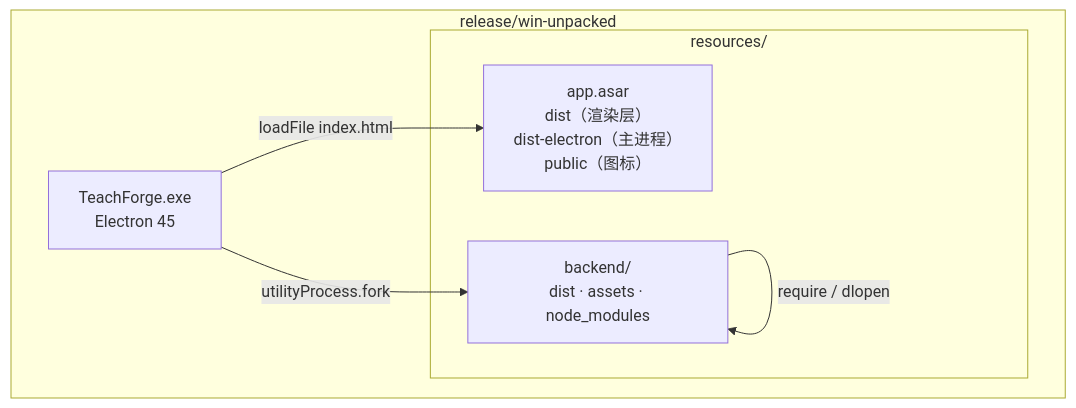
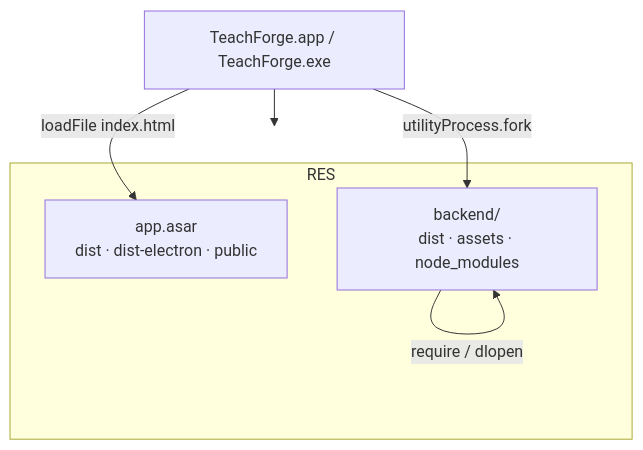
One commit to yuchentime/tech-forge changed the diagram in docs/current/platform/packaging.md. Above: the diagram before and after it, drawn with Mermaid. The commit also changed other lines of this file and 20 other files, not shown here.

````diff
--- a/docs/current/platform/packaging.md
+++ b/docs/current/platform/packaging.md
@@ -38,13 +48,11 @@
 ```mermaid
 flowchart TB
-  subgraph R["release/win-unpacked"]
-    EXE["TeachForge.exe<br/>Electron 45"]
-    subgraph RES["resources/"]
-      ASAR["app.asar<br/>dist（渲染层）<br/>dist-electron（主进程）<br/>public（图标）"]
-      BE["backend/<br/>dist · assets · node_modules"]
-    end
+  APP["TeachForge.app / TeachForge.exe"] --> RES["resources/"]
+  subgraph RES
+    ASAR["app.asar<br/>dist · dist-electron · public"]
+    BE["backend/<br/>dist · assets · node_modules"]
   end
-  EXE -->|loadFile index.html| ASAR
-  EXE -->|utilityProcess.fork| BE
+  APP -->|loadFile index.html| ASAR
+  APP -->|utilityProcess.fork| BE
   BE -->|require / dlopen| BE
 ```
````
